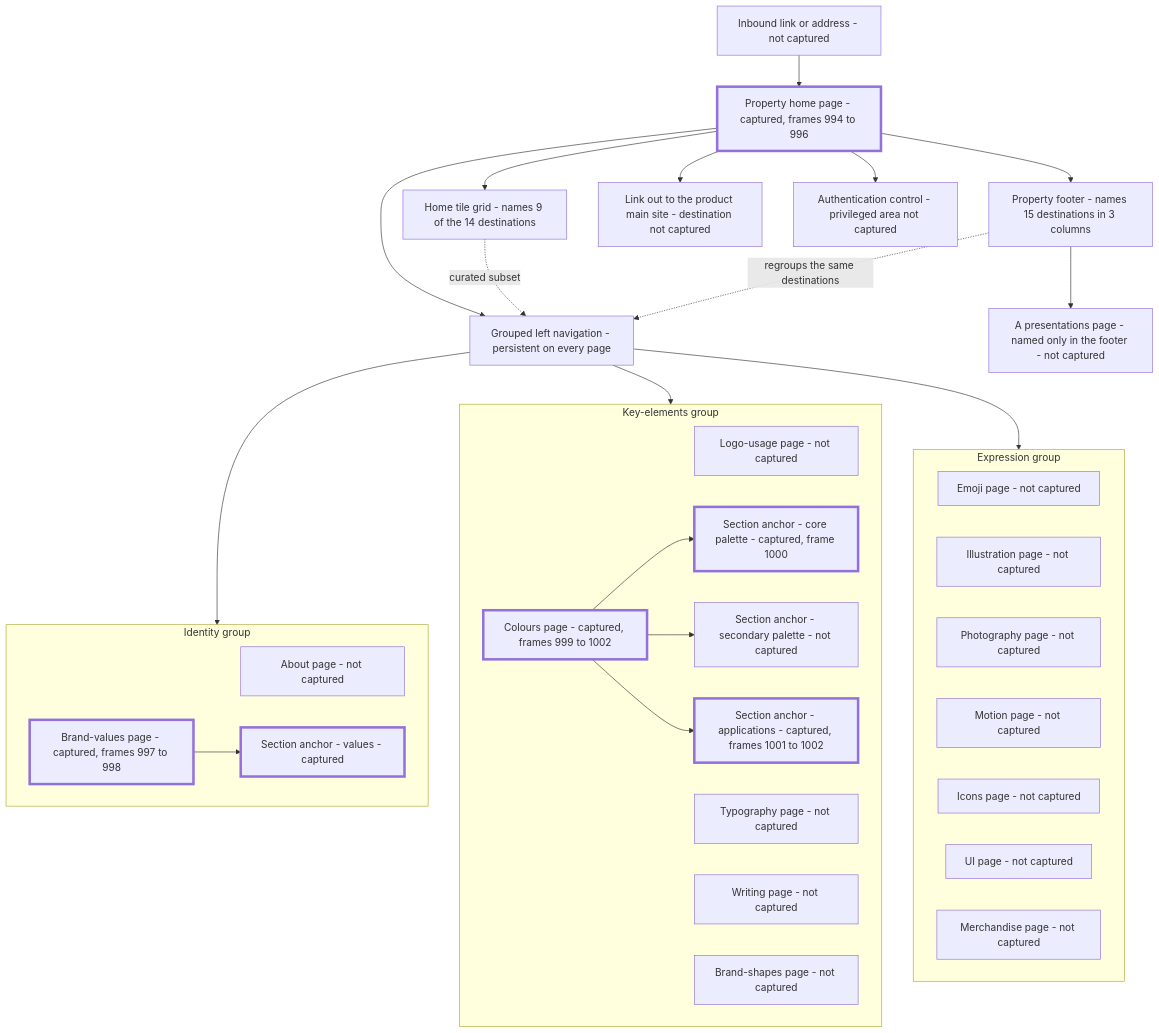
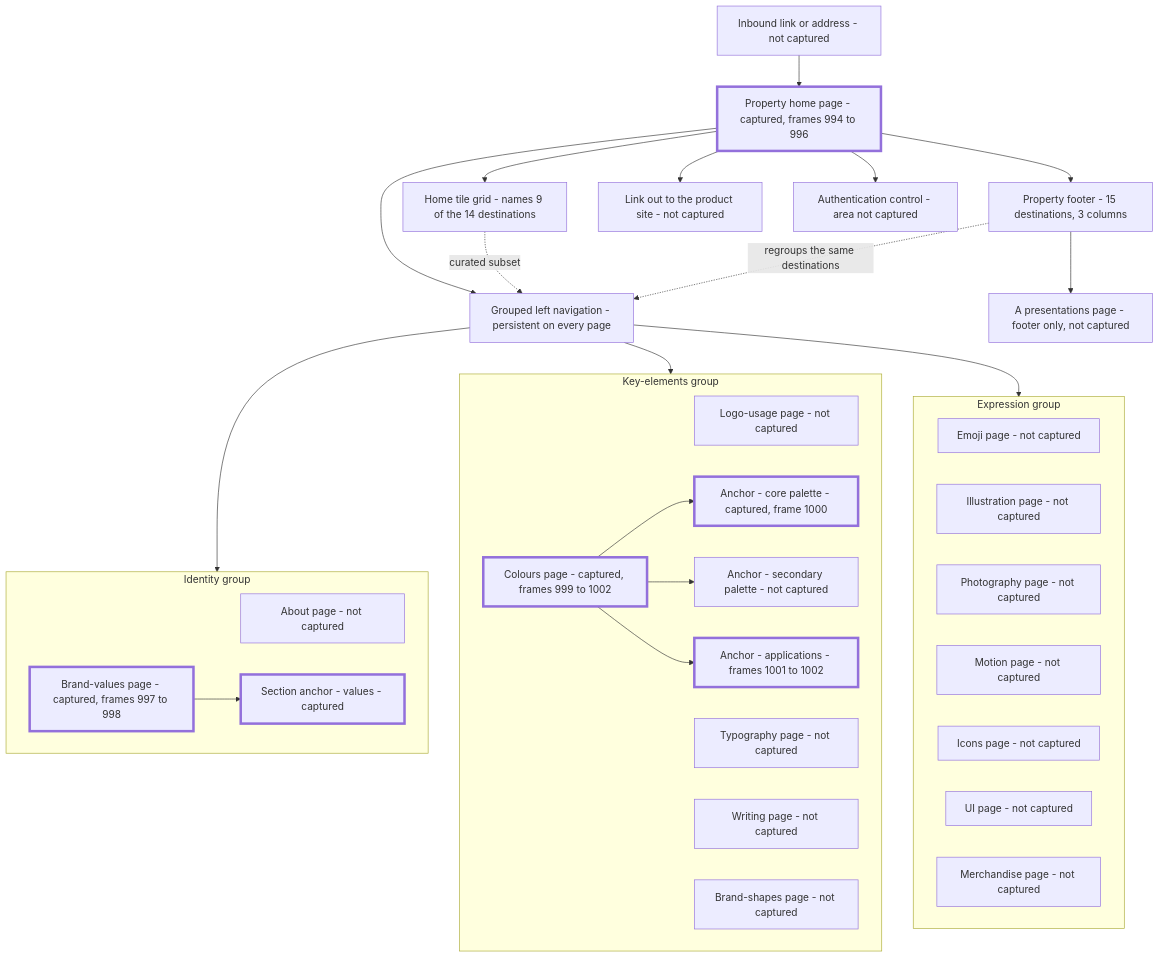
Before and after one commit to blitzy-research/blitzy-slack: the diagram in docs/workflows/19-brand-guidelines.md, drawn with Mermaid. The commit also changed 18 other files, not shown here.

````diff
--- a/docs/workflows/19-brand-guidelines.md
+++ b/docs/workflows/19-brand-guidelines.md
@@ -228,47 +228,49 @@
 ```mermaid
 flowchart TD
-    ENTRY["Inbound link or address - not captured"] --> HOME["Property home page - captured, frames 994 to 996"]
+    ENTRY["Inbound link or address - not captured"]
+    HOME["Property home page - captured, frames 994 to 996"]
+    ENTRY --> HOME
 
     HOME --> NAV["Grouped left navigation - persistent on every page"]
     HOME --> GRID["Home tile grid - names 9 of the 14 destinations"]
-    HOME --> FOOTER["Property footer - names 15 destinations in 3 columns"]
-    HOME --> OUTLINK["Link out to the product main site - destination not captured"]
-    HOME --> AUTHGATE["Authentication control - privileged area not captured"]
+    HOME --> FOOTER["Property footer - 15 destinations, 3 columns"]
+    HOME --> OUTLINK["Link out to the product site - not captured"]
+    HOME --> AUTHGATE["Authentication control - area not captured"]
 
     NAV --> G1
     NAV --> G2
     NAV --> G3
     GRID -. "curated subset" .-> NAV
     FOOTER -. "regroups the same destinations" .-> NAV
-    FOOTER --> EXTRA["A presentations page - named only in the footer - not captured"]
+    FOOTER --> EXTRA["A presentations page - footer only, not captured"]
 
     subgraph G1["Identity group"]
         ABOUT["About page - not captured"]
         VALUES["Brand-values page - captured, frames 997 to 998"]
         VALUES --> VSEC["Section anchor - values - captured"]
     end
 
     subgraph G2["Key-elements group"]
         LOGO["Logo-usage page - not captured"]
         COLOURS["Colours page - captured, frames 999 to 1002"]
-        COLOURS --> CORE["Section anchor - core palette - captured, frame 1000"]
-        COLOURS --> SECOND["Section anchor - secondary palette - not captured"]
-        COLOURS --> APPS["Section anchor - applications - captured, frames 1001 to 1002"]
+        COLOURS --> CORE["Anchor - core palette - captured, frame 1000"]
+        COLOURS --> SECOND["Anchor - secondary palette - not captured"]
+        COLOURS --> APPS["Anchor - applications - frames 1001 to 1002"]
         TYPE["Typography page - not captured"]
         WRITING["Writing page - not captured"]
         SHAPES["Brand-shapes page - not captured"]
     end
 
     subgraph G3["Expression group"]
         EMOJI["Emoji page - not captured"]
         ILLUS["Illustration page - not captured"]
         PHOTO["Photography page - not captured"]
         MOTION["Motion page - not captured"]
         ICONS["Icons page - not captured"]
         UIPAGE["UI page - not captured"]
         MERCH["Merchandise page - not captured"]
     end
 
     classDef captured stroke-width:4px
     class HOME,VALUES,VSEC,COLOURS,CORE,APPS captured
 ```
````
